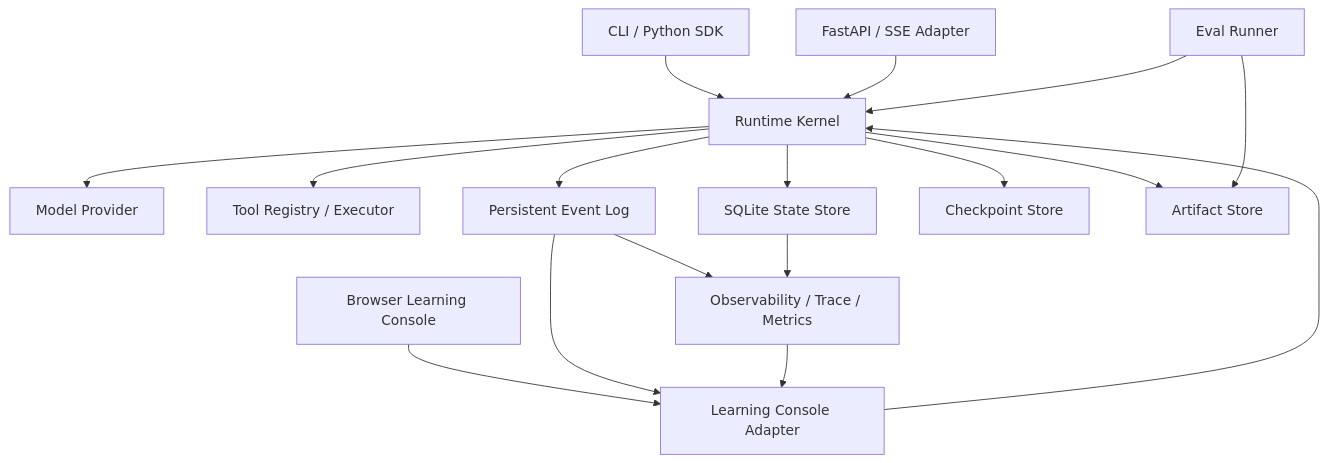
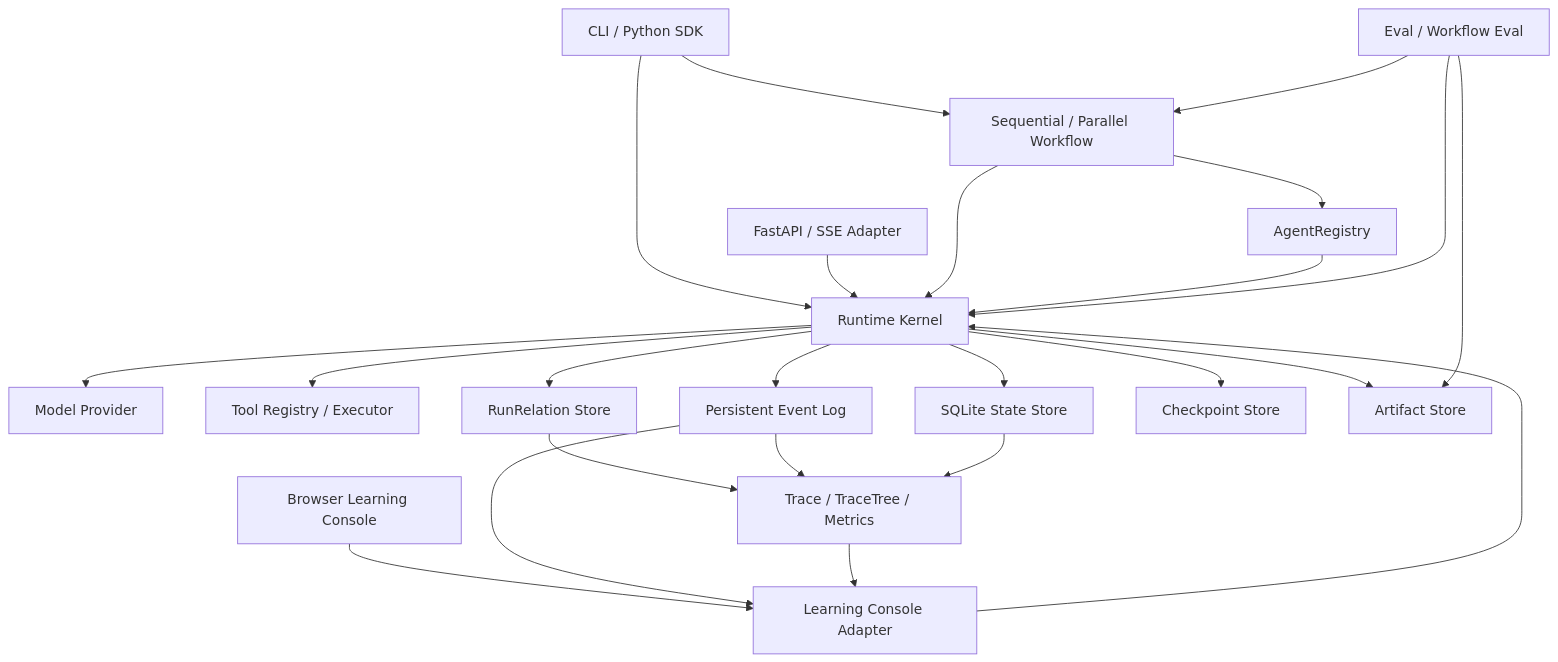
The first of 3 diagrams in docs/ARCHITECTURE.md (fantoagi/agent-runtime), drawn with Mermaid before and after one commit. The commit also changed other lines of this file and 27 other files, not shown here.

````diff
--- a/docs/ARCHITECTURE.md
+++ b/docs/ARCHITECTURE.md
@@ -15,33 +15,43 @@
 ```mermaid
 flowchart TD
     CLI["CLI / Python SDK"]
     API["FastAPI / SSE Adapter"]
     Lab["Browser Learning Console"]
     LabAdapter["Learning Console Adapter"]
+    Workflows["Sequential / Parallel Workflow"]
+    Registry["AgentRegistry"]
     Runtime["Runtime Kernel"]
     Model["Model Provider"]
     Tools["Tool Registry / Executor"]
     State["SQLite State Store"]
+    Relations["RunRelation Store"]
     Events["Persistent Event Log"]
     Checkpoints["Checkpoint Store"]
     Artifacts["Artifact Store"]
-    Observe["Observability / Trace / Metrics"]
-    Evals["Eval Runner"]
+    Observe["Trace / TraceTree / Metrics"]
+    Evals["Eval / Workflow Eval"]
 
     CLI --> Runtime
+    CLI --> Workflows
     API --> Runtime
     Lab --> LabAdapter
     LabAdapter --> Runtime
+    Workflows --> Runtime
+    Workflows --> Registry
+    Registry --> Runtime
     Runtime --> Model
     Runtime --> Tools
     Runtime --> State
+    Runtime --> Relations
     Runtime --> Events
     Runtime --> Checkpoints
     Runtime --> Artifacts
+    Relations --> Observe
     Events --> Observe
     State --> Observe
     Events --> LabAdapter
     Observe --> LabAdapter
     Evals --> Runtime
+    Evals --> Workflows
     Evals --> Artifacts
 ```
````
